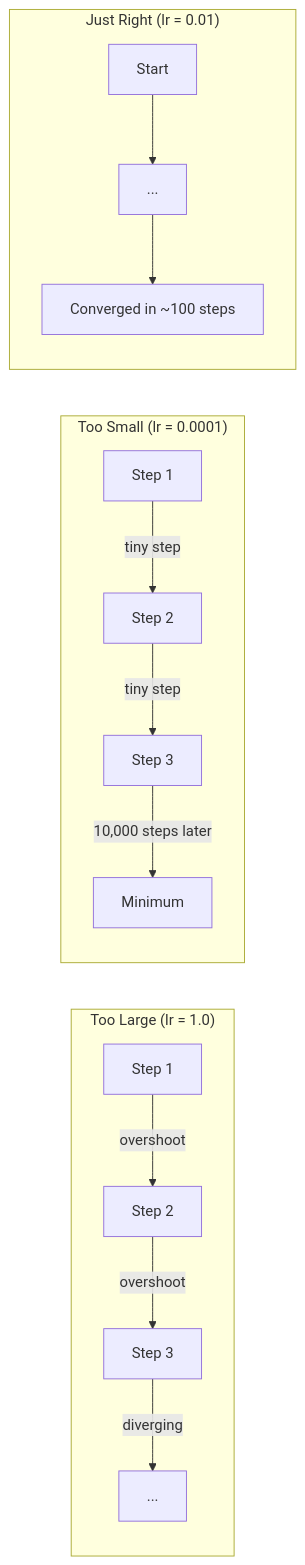
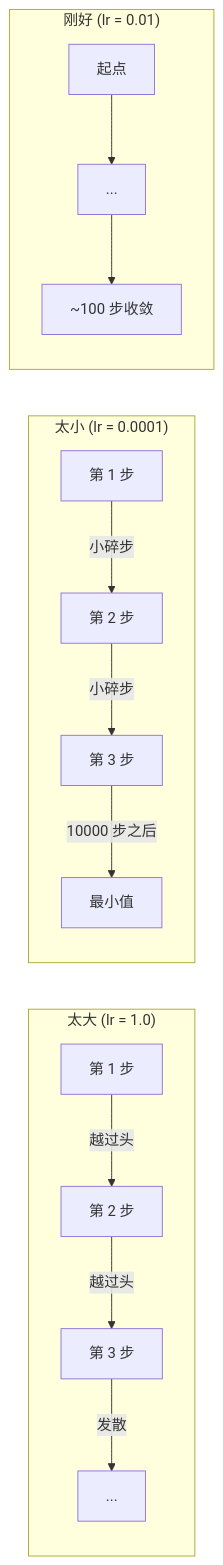
The second of 5 diagrams in phases/01-math-foundations/08-optimization/docs/zh.md (alessandrodinisio-ai/ai-engineering-learning-framework), drawn with Mermaid before and after one commit. The commit also changed other lines of this file and 120 other files, not shown here.

First line of the commit message:
i18n(mermaid): 337 个 mermaid 图表标签中文化

````diff
--- a/phases/01-math-foundations/08-optimization/docs/zh.md
+++ b/phases/01-math-foundations/08-optimization/docs/zh.md
@@ -58,16 +58,16 @@
 ```mermaid
 graph LR
-    subgraph TooLarge["Too Large (lr = 1.0)"]
-        A1["Step 1"] -->|overshoot| A2["Step 2"]
-        A2 -->|overshoot| A3["Step 3"]
-        A3 -->|diverging| A4["..."]
+    subgraph TooLarge["太大 (lr = 1.0)"]
+        A1["第 1 步"] -->|越过头| A2["第 2 步"]
+        A2 -->|越过头| A3["第 3 步"]
+        A3 -->|发散| A4["..."]
     end
-    subgraph TooSmall["Too Small (lr = 0.0001)"]
-        B1["Step 1"] -->|tiny step| B2["Step 2"]
-        B2 -->|tiny step| B3["Step 3"]
-        B3 -->|10,000 steps later| B4["Minimum"]
+    subgraph TooSmall["太小 (lr = 0.0001)"]
+        B1["第 1 步"] -->|小碎步| B2["第 2 步"]
+        B2 -->|小碎步| B3["第 3 步"]
+        B3 -->|10000 步之后| B4["最小值"]
     end
-    subgraph JustRight["Just Right (lr = 0.01)"]
-        C1["Start"] --> C2["..."] --> C3["Converged in ~100 steps"]
+    subgraph JustRight["刚好 (lr = 0.01)"]
+        C1["起点"] --> C2["..."] --> C3["~100 步收敛"]
     end
 ```
````
